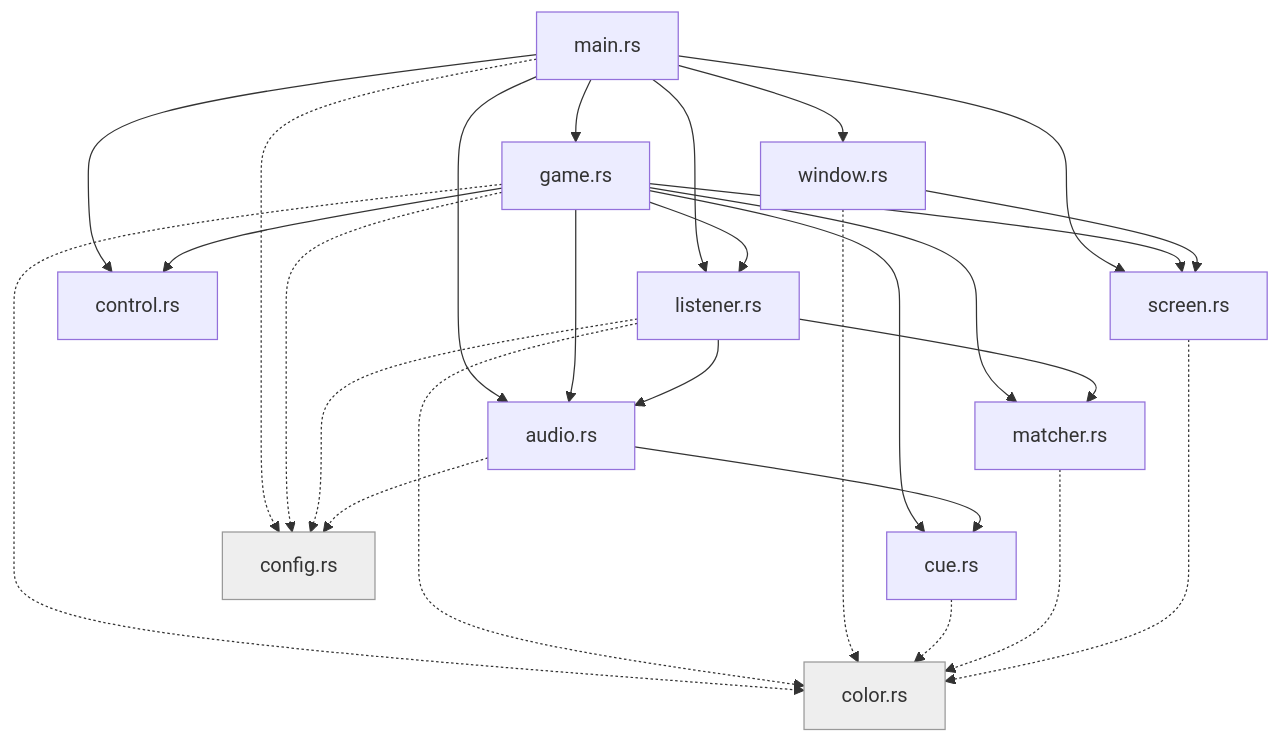
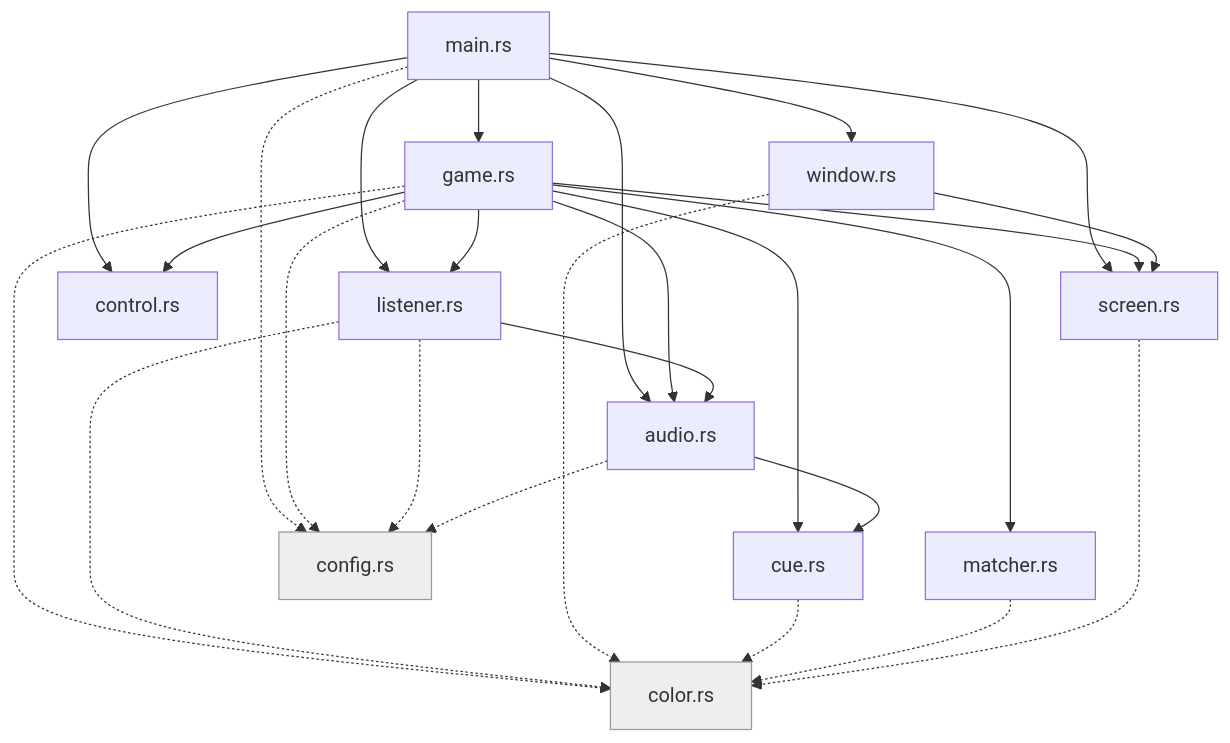
Before and after one commit to mpyw/donna-iro: the diagram in README.md, drawn with Mermaid. The commit also changed other lines of this file and 9 other files, not shown here.

````diff
--- a/README.md
+++ b/README.md
@@ -199,47 +199,46 @@
 ```mermaid
 flowchart TD
     main["main.rs"]
     game["game.rs"]
     window["window.rs"]
     listener["listener.rs"]
     audio["audio.rs"]
     matcher["matcher.rs"]
     control["control.rs"]
     screen["screen.rs"]
     cue["cue.rs"]
     color["color.rs"]
     config["config.rs"]
 
     main --> game
     main --> window
     main --> listener
     main --> audio
     main --> control
     main --> screen
 
     game --> listener
     game --> audio
     game --> matcher
     game --> control
     game --> screen
     game --> cue
 
     listener --> audio
-    listener --> matcher
     audio --> cue
     window --> screen
 
     main -.-> config
     game -.-> config
     game -.-> color
     listener -.-> config
     listener -.-> color
     audio -.-> config
     window -.-> color
     cue -.-> color
     matcher -.-> color
     screen -.-> color
 
     classDef base fill:#eee,stroke:#999,color:#333;
     class color,config base;
 ```
````
